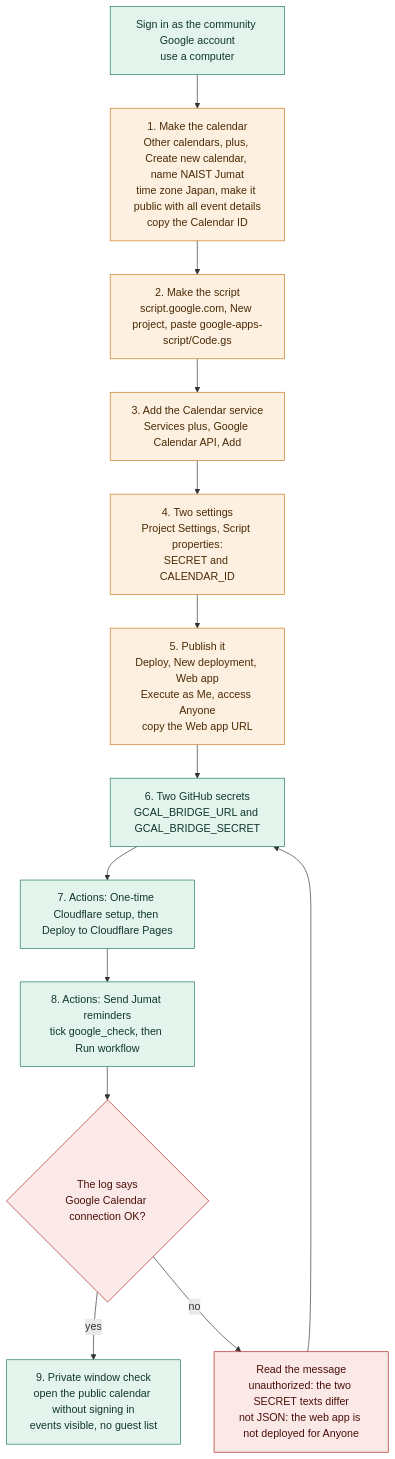
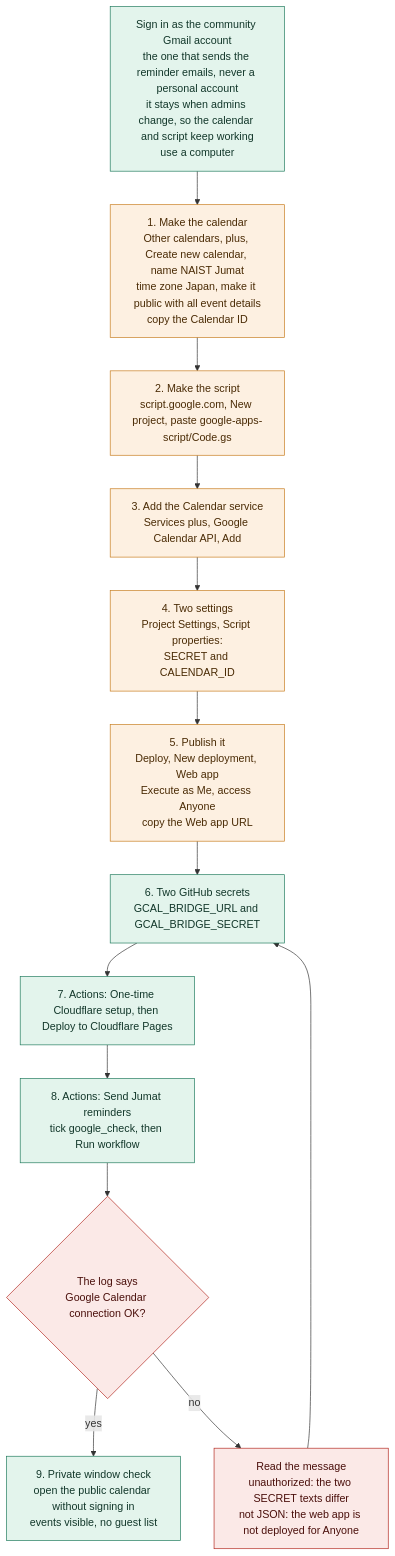
One commit to mushaffarasyidridha/Jumat-Scheduler-NAIST changed the diagram in public/flows/setup-google.mmd. Above: the diagram before and after it, drawn with Mermaid. The commit also changed 5 other files, not shown here.

First line of the commit message:
Guide: the community Gmail stays when the admin changes

```diff
--- a/public/flows/setup-google.mmd
+++ b/public/flows/setup-google.mmd
@@ -1,20 +1,20 @@
 flowchart TD
-  A["Sign in as the community Google account<br/>use a computer"] --> B["1. Make the calendar<br/>Other calendars, plus, Create new calendar, name NAIST Jumat<br/>time zone Japan, make it public with all event details<br/>copy the Calendar ID"]
+  A["Sign in as the community Gmail account<br/>the one that sends the reminder emails, never a personal account<br/>it stays when admins change, so the calendar and script keep working<br/>use a computer"] --> B["1. Make the calendar<br/>Other calendars, plus, Create new calendar, name NAIST Jumat<br/>time zone Japan, make it public with all event details<br/>copy the Calendar ID"]
   B --> C["2. Make the script<br/>script.google.com, New project, paste google-apps-script/Code.gs"]
   C --> D["3. Add the Calendar service<br/>Services plus, Google Calendar API, Add"]
   D --> E["4. Two settings<br/>Project Settings, Script properties:<br/>SECRET and CALENDAR_ID"]
   E --> F["5. Publish it<br/>Deploy, New deployment, Web app<br/>Execute as Me, access Anyone<br/>copy the Web app URL"]
   F --> G["6. Two GitHub secrets<br/>GCAL_BRIDGE_URL and GCAL_BRIDGE_SECRET"]
   G --> H["7. Actions: One-time Cloudflare setup, then Deploy to Cloudflare Pages"]
   H --> I["8. Actions: Send Jumat reminders<br/>tick google_check, then Run workflow"]
   I --> J{"The log says<br/>Google Calendar connection OK?"}
   J -->|"yes"| K["9. Private window check<br/>open the public calendar without signing in<br/>events visible, no guest list"]
   J -->|"no"| L["Read the message<br/>unauthorized: the two SECRET texts differ<br/>not JSON: the web app is not deployed for Anyone"]
   L --> G
 
   classDef admin fill:#e3f4ec,stroke:#1f7a5c,color:#12372a
   classDef out fill:#fdf0e1,stroke:#c77b1c,color:#4a2b05
   classDef warn fill:#fbe9e7,stroke:#b3261e,color:#4a0f0b
   class A,G,H,I,K admin
   class B,C,D,E,F out
   class J,L warn
```
